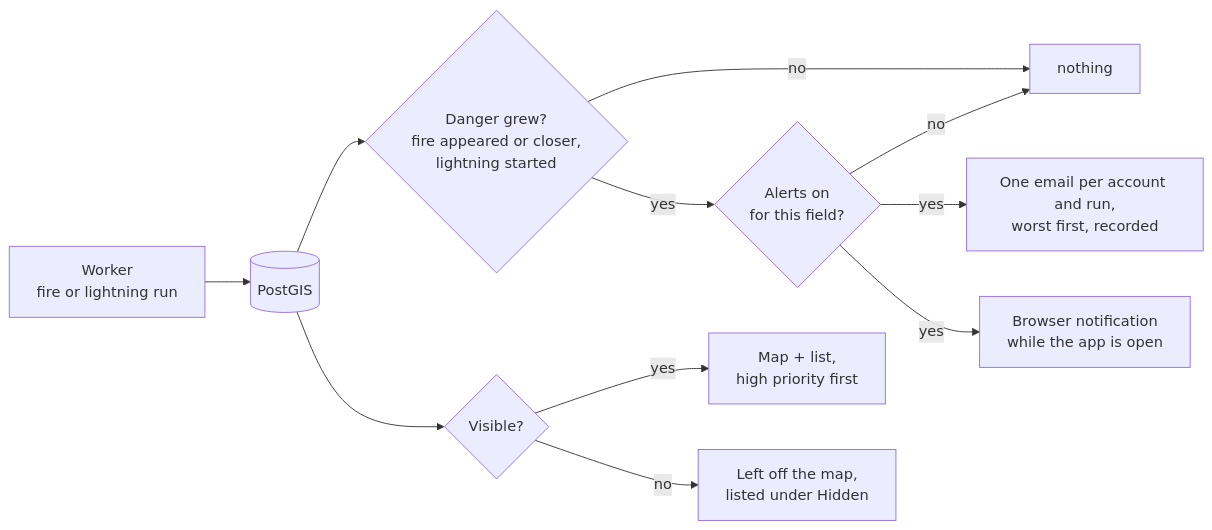
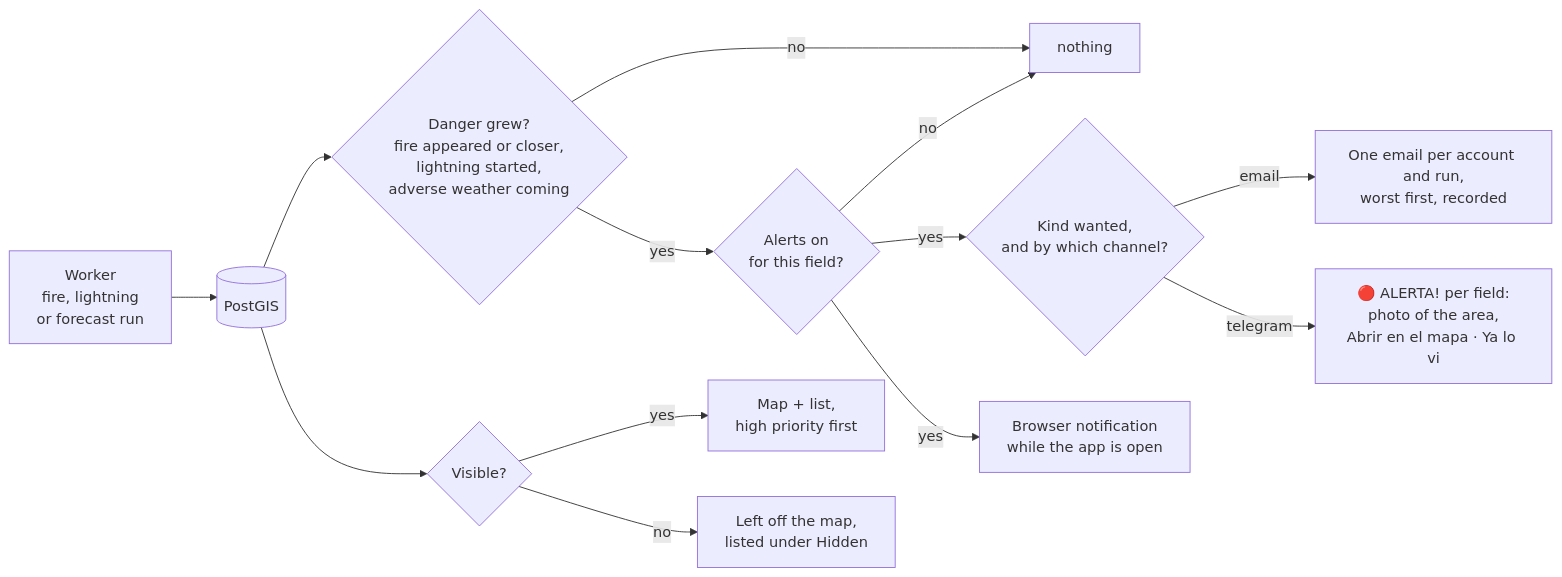
One commit to nickyperrone/Fire-Detection-System changed the ninth of 18 diagrams in README.md. Above: the diagram before and after it, drawn with Mermaid. The commit also changed other lines of this file and 10 other files, not shown here.

````diff
--- a/README.md
+++ b/README.md
@@ -348,13 +351,15 @@
 ```mermaid
 flowchart LR
-    W["Worker<br/>fire or lightning run"] --> DB[("PostGIS")]
-    DB --> G{"Danger grew?<br/>fire appeared or closer,<br/>lightning started"}
+    W["Worker<br/>fire, lightning<br/>or forecast run"] --> DB[("PostGIS")]
+    DB --> G{"Danger grew?<br/>fire appeared or closer,<br/>lightning started,<br/>adverse weather coming"}
     G -- no --> X["nothing"]
     G -- yes --> A{"Alerts on<br/>for this field?"}
     A -- no --> X
-    A -- yes --> E["One email per account and run,<br/>worst first, recorded"]
+    A -- yes --> K{"Kind wanted,<br/>and by which channel?"}
+    K -- email --> E["One email per account and run,<br/>worst first, recorded"]
+    K -- telegram --> T["🔴 ALERTA! per field:<br/>photo of the area,<br/>Abrir en el mapa · Ya lo vi"]
     A -- yes --> N["Browser notification<br/>while the app is open"]
     DB --> V{"Visible?"}
     V -- yes --> M["Map + list,<br/>high priority first"]
     V -- no --> H["Left off the map,<br/>listed under Hidden"]
 ```
````
